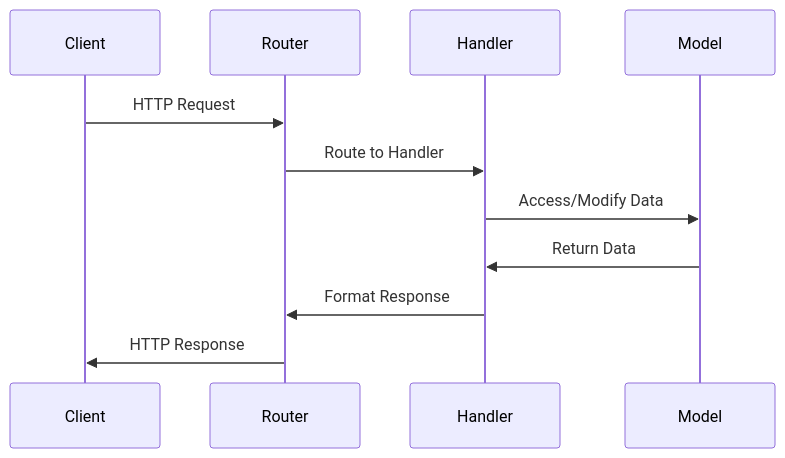
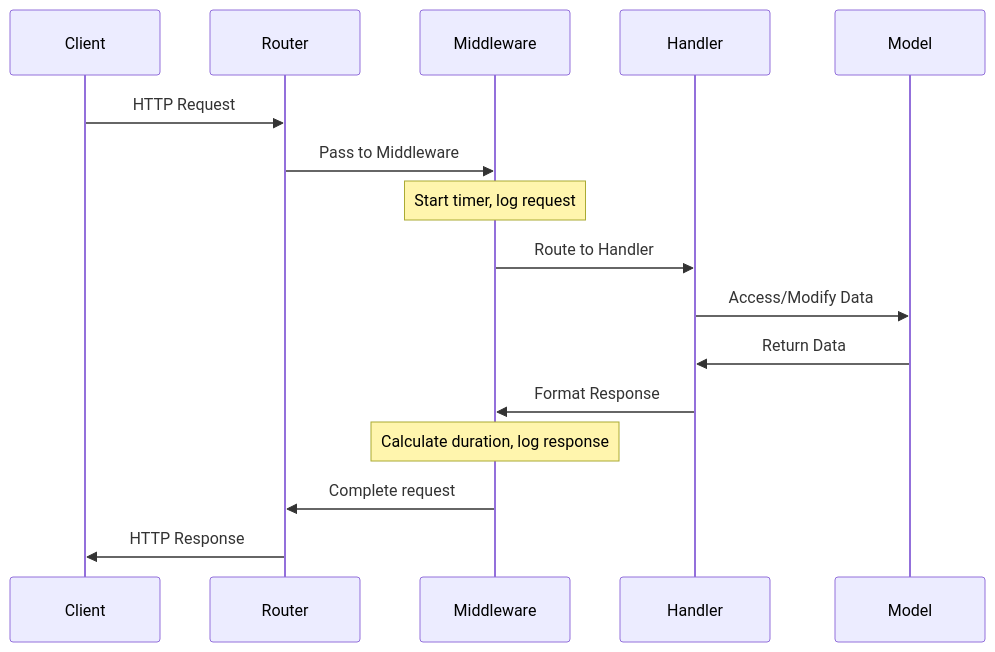
Before and after one commit to gamefiend/doc-agent-demo: the second of 2 diagrams in docs/ARCHITECTURE.md, drawn with Mermaid. The commit also changed other lines of this file and 2 other files, not shown here.

````diff
--- a/docs/ARCHITECTURE.md
+++ b/docs/ARCHITECTURE.md
@@ -74,14 +95,19 @@
 ```mermaid
 sequenceDiagram
     participant C as Client
     participant R as Router
+    participant MW as Middleware
     participant H as Handler
     participant M as Model
 
     C->>R: HTTP Request
-    R->>H: Route to Handler
+    R->>MW: Pass to Middleware
+    Note over MW: Start timer, log request
+    MW->>H: Route to Handler
     H->>M: Access/Modify Data
     M->>H: Return Data
-    H->>R: Format Response
+    H->>MW: Format Response
+    Note over MW: Calculate duration, log response
+    MW->>R: Complete request
     R->>C: HTTP Response
 ```
````
